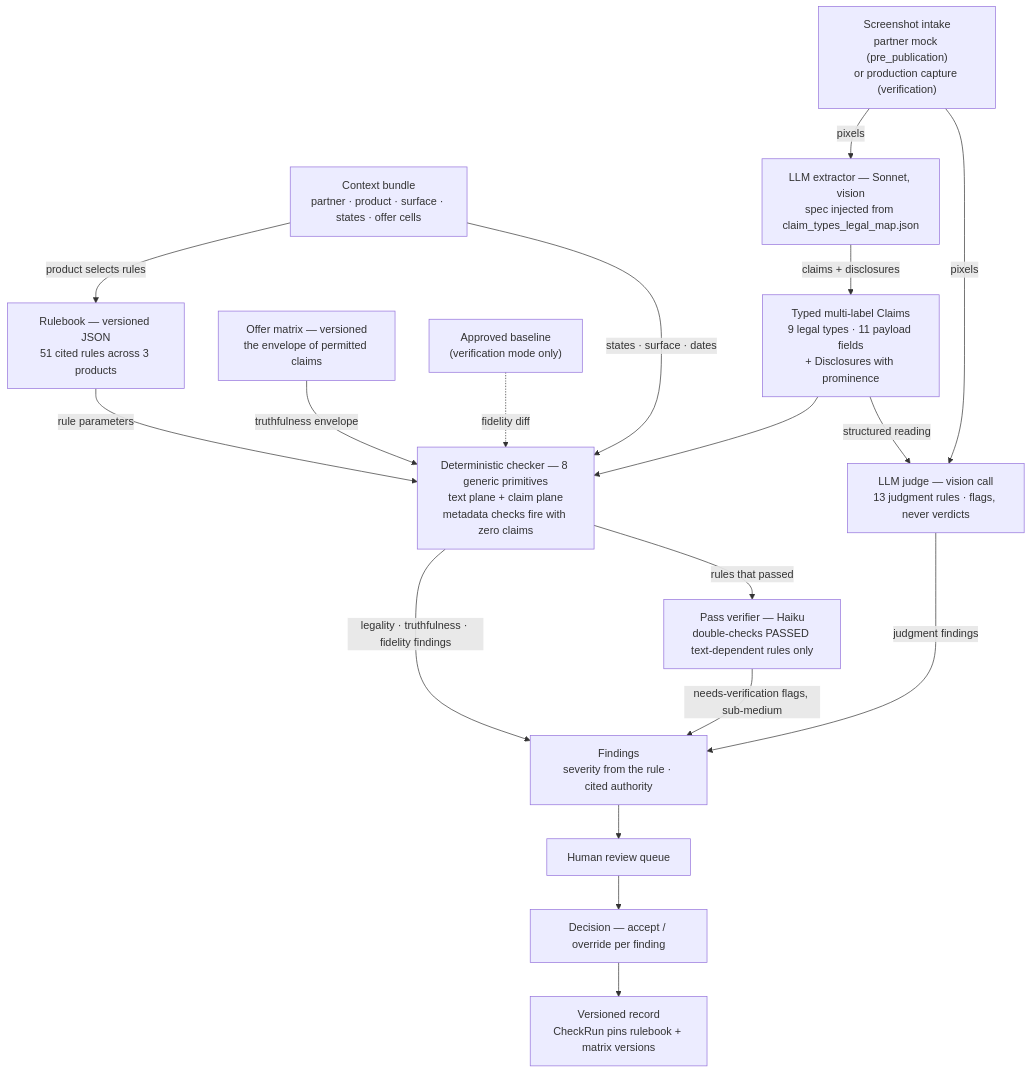
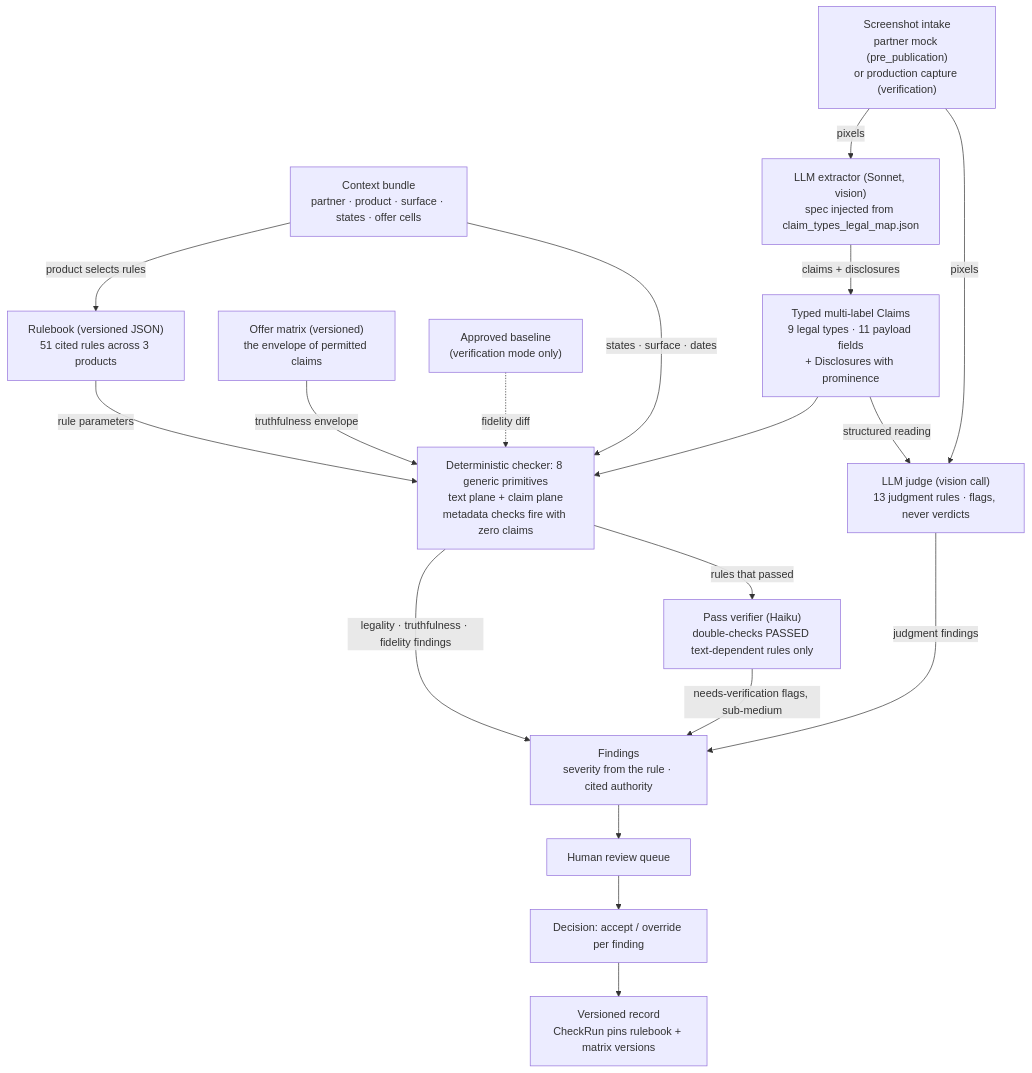
One commit to plapagesse/clearpathMarketingCompliance changed the first of 2 diagrams in README.md. Above: the diagram before and after it, drawn with Mermaid. The commit also changed other lines of this file, not shown here.

First line of the commit message:
README feedback round 1: generalizability argument, claim-type fan-out, offer-matrix real-world grounding, trim/codegen/layering/eval sections removed, no em dashes

````diff
--- a/README.md
+++ b/README.md
@@ -15,35 +15,35 @@
 ```mermaid
 flowchart TD
     SHOT["Screenshot intake<br/>partner mock (pre_publication)<br/>or production capture (verification)"]
     CTX["Context bundle<br/>partner · product · surface · states · offer cells"]
-    RB["Rulebook — versioned JSON<br/>51 cited rules across 3 products"]
-    MATRIX["Offer matrix — versioned<br/>the envelope of permitted claims"]
+    RB["Rulebook (versioned JSON)<br/>51 cited rules across 3 products"]
+    MATRIX["Offer matrix (versioned)<br/>the envelope of permitted claims"]
     BASE["Approved baseline<br/>(verification mode only)"]
-    EXT["LLM extractor — Sonnet, vision<br/>spec injected from claim_types_legal_map.json"]
+    EXT["LLM extractor (Sonnet, vision)<br/>spec injected from claim_types_legal_map.json"]
     CD["Typed multi-label Claims<br/>9 legal types · 11 payload fields<br/>+ Disclosures with prominence"]
-    CHK["Deterministic checker — 8 generic primitives<br/>text plane + claim plane<br/>metadata checks fire with zero claims"]
-    VER["Pass verifier — Haiku<br/>double-checks PASSED text-dependent rules only"]
-    JUD["LLM judge — vision call<br/>13 judgment rules · flags, never verdicts"]
+    CHK["Deterministic checker: 8 generic primitives<br/>text plane + claim plane<br/>metadata checks fire with zero claims"]
+    VER["Pass verifier (Haiku)<br/>double-checks PASSED text-dependent rules only"]
+    JUD["LLM judge (vision call)<br/>13 judgment rules · flags, never verdicts"]
     FIND["Findings<br/>severity from the rule · cited authority"]
     QUEUE["Human review queue"]
-    DEC["Decision — accept / override per finding"]
+    DEC["Decision: accept / override per finding"]
     REC["Versioned record<br/>CheckRun pins rulebook + matrix versions"]
 
     SHOT -->|"pixels"| EXT
     CTX -->|"product selects rules"| RB
     EXT -->|"claims + disclosures"| CD
     CD --> CHK
     RB -->|"rule parameters"| CHK
     MATRIX -->|"truthfulness envelope"| CHK
     CTX -->|"states · surface · dates"| CHK
     BASE -.->|"fidelity diff"| CHK
     CHK -->|"legality · truthfulness · fidelity findings"| FIND
     CHK -->|"rules that passed"| VER
     VER -->|"needs-verification flags, sub-medium"| FIND
     SHOT -->|"pixels"| JUD
     CD -->|"structured reading"| JUD
     JUD -->|"judgment findings"| FIND
     FIND --> QUEUE
     QUEUE --> DEC
     DEC --> REC
 ```
````
